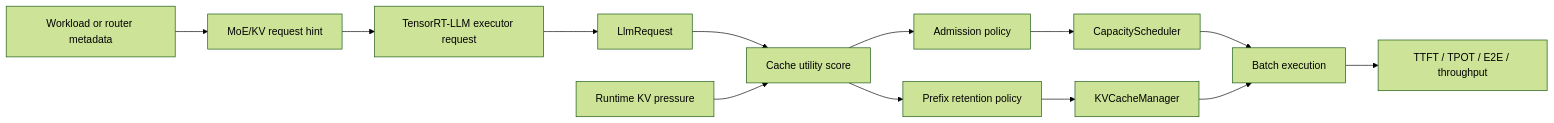
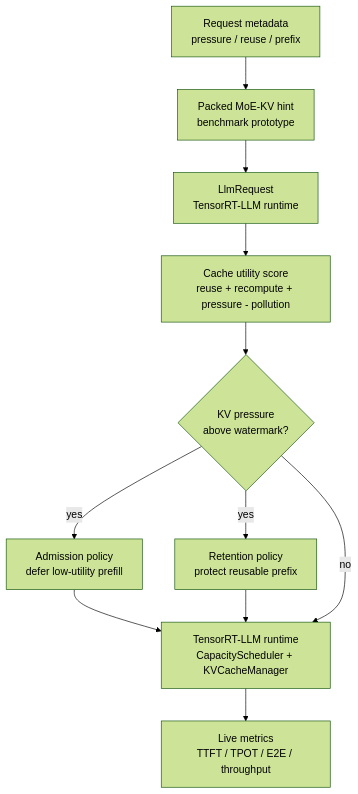
One commit to LongWeihan/trtllm-moe-kv-scheduler changed the first of 2 diagrams in README.md. Above: the diagram before and after it, drawn with Mermaid (forest theme). The commit also changed other lines of this file, not shown here.

Commit message:
Improve README landing page and architecture diagram

````diff
--- a/README.md
+++ b/README.md
@@ -45,15 +61,18 @@
 ```mermaid
-flowchart LR
-    A[Workload or router metadata] --> B[MoE/KV request hint]
-    B --> C[TensorRT-LLM executor request]
-    C --> D[LlmRequest]
-    D --> E[Cache utility score]
-    F[Runtime KV pressure] --> E
-    E --> G[Admission policy]
-    E --> H[Prefix retention policy]
-    G --> I[CapacityScheduler]
-    H --> J[KVCacheManager]
-    I --> K[Batch execution]
-    J --> K
-    K --> L[TTFT / TPOT / E2E / throughput]
+flowchart TB
+    A["Request metadata<br/>pressure / reuse / prefix"]
+    B["Packed MoE-KV hint<br/>benchmark prototype"]
+    C["LlmRequest<br/>TensorRT-LLM runtime"]
+    D["Cache utility score<br/>reuse + recompute + pressure - pollution"]
+    E{"KV pressure<br/>above watermark?"}
+    F["Admission policy<br/>defer low-utility prefill"]
+    G["Retention policy<br/>protect reusable prefix"]
+    H["TensorRT-LLM runtime<br/>CapacityScheduler + KVCacheManager"]
+    I["Live metrics<br/>TTFT / TPOT / E2E / throughput"]
+
+    A --> B --> C --> D --> E
+    E -->|yes| F --> H
+    E -->|yes| G --> H
+    E -->|no| H
+    H --> I
 ```
````
